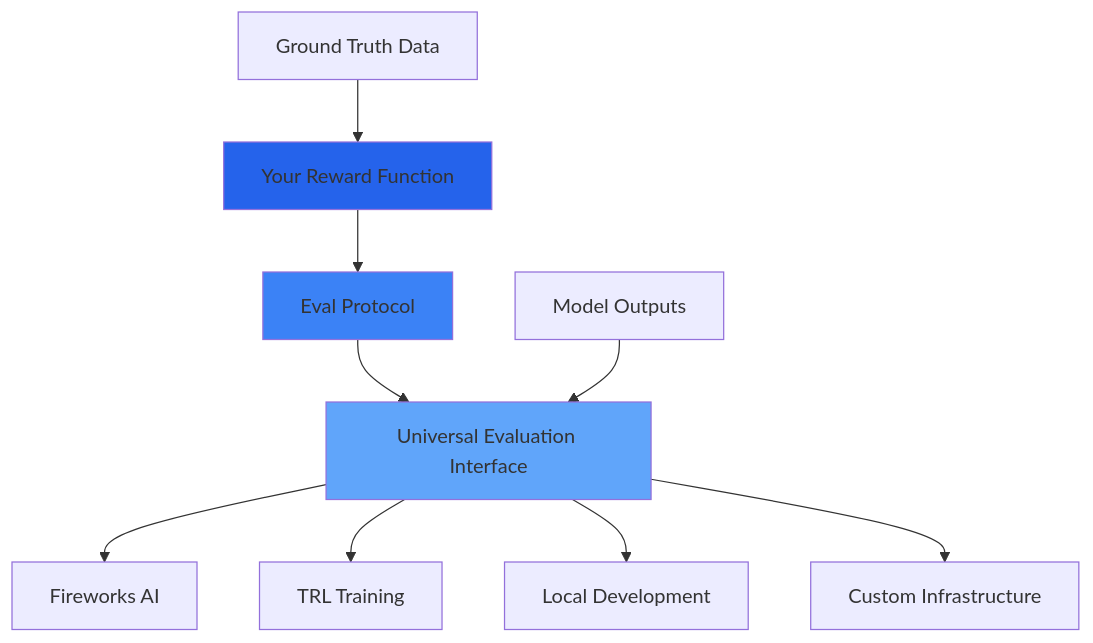
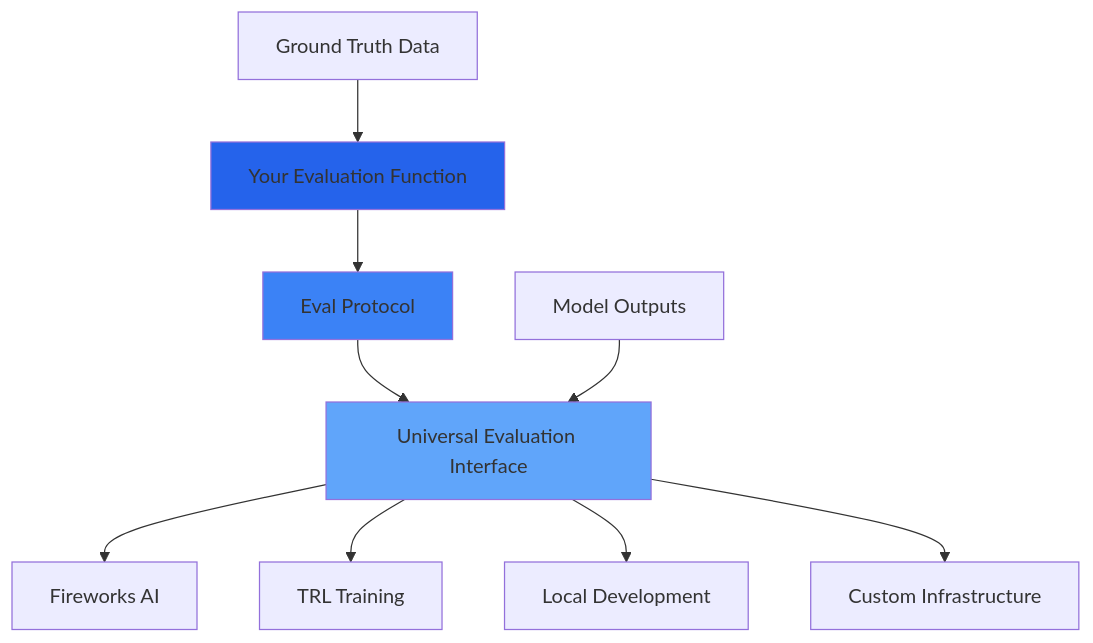
Before and after one commit to eval-protocol/eval-protocol: the first of 2 diagrams in introduction.mdx, drawn with Mermaid. The commit also changed other lines of this file and 28 other files, not shown here.

Commit message:
Evaluation function rename

````diff
--- a/introduction.mdx
+++ b/introduction.mdx
@@ -25,17 +25,17 @@
 ```mermaid
 graph TB
-    A[Your Reward Function] --> B[Eval Protocol]
+    A[Your Evaluation Function] --> B[Eval Protocol]
     B --> C[Universal Evaluation Interface]
     
     C --> D[Fireworks AI]
     C --> E[TRL Training]
     C --> F[Local Development]
     C --> G[Custom Infrastructure]
     
     H[Model Outputs] --> C
     I[Ground Truth Data] --> A
     
     style A fill:#2563eb
     style B fill:#3b82f6
     style C fill:#60a5fa
 ```
````
